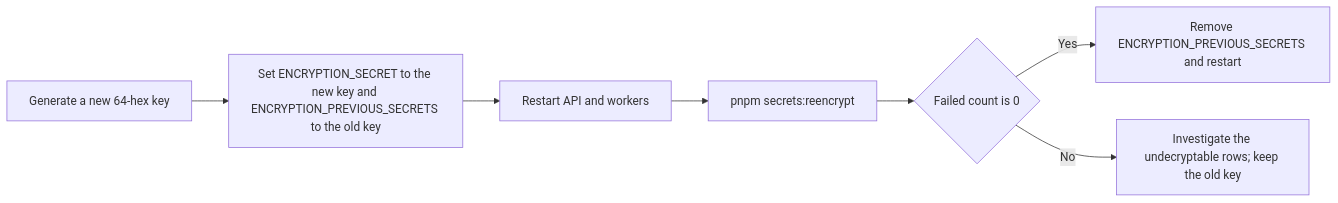
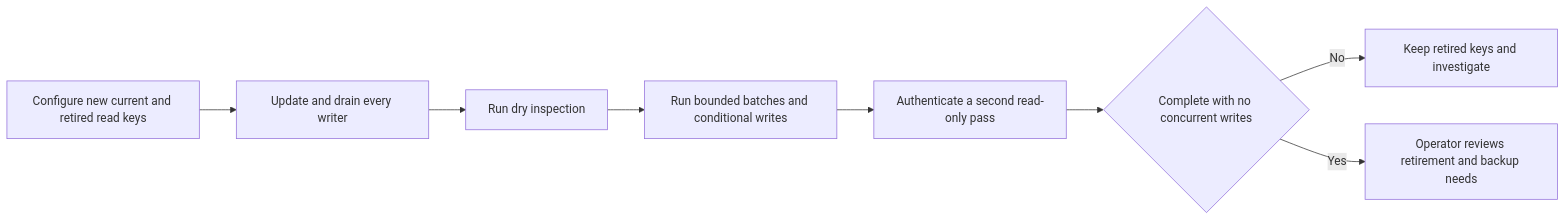
Before and after one commit to SimonLoir/vectorix: the diagram in docs/encryption-key-rotation.md, drawn with Mermaid. The commit also changed other lines of this file and 14 other files, not shown here.

````diff
--- a/docs/encryption-key-rotation.md
+++ b/docs/encryption-key-rotation.md
@@ -18,9 +27,10 @@
 ```mermaid
 flowchart LR
-    A[Generate a new 64-hex key] --> B[Set ENCRYPTION_SECRET to the new key and ENCRYPTION_PREVIOUS_SECRETS to the old key]
-    B --> C[Restart API and workers]
-    C --> D[pnpm secrets:reencrypt]
-    D --> E{Failed count is 0}
-    E -->|Yes| F[Remove ENCRYPTION_PREVIOUS_SECRETS and restart]
-    E -->|No| G[Investigate the undecryptable rows; keep the old key]
+    A[Configure new current and retired read keys] --> B[Update and drain every writer]
+    B --> C[Run dry inspection]
+    C --> D[Run bounded batches and conditional writes]
+    D --> E[Authenticate a second read-only pass]
+    E --> F{Complete with no concurrent writes}
+    F -->|No| G[Keep retired keys and investigate]
+    F -->|Yes| H[Operator reviews retirement and backup needs]
 ```
````
